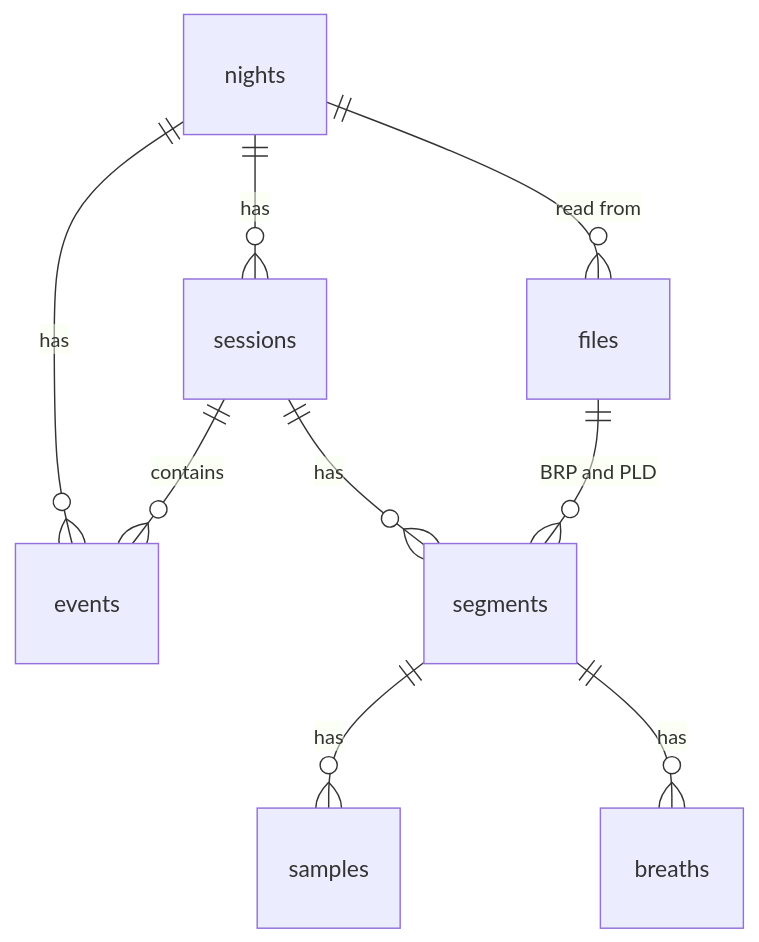
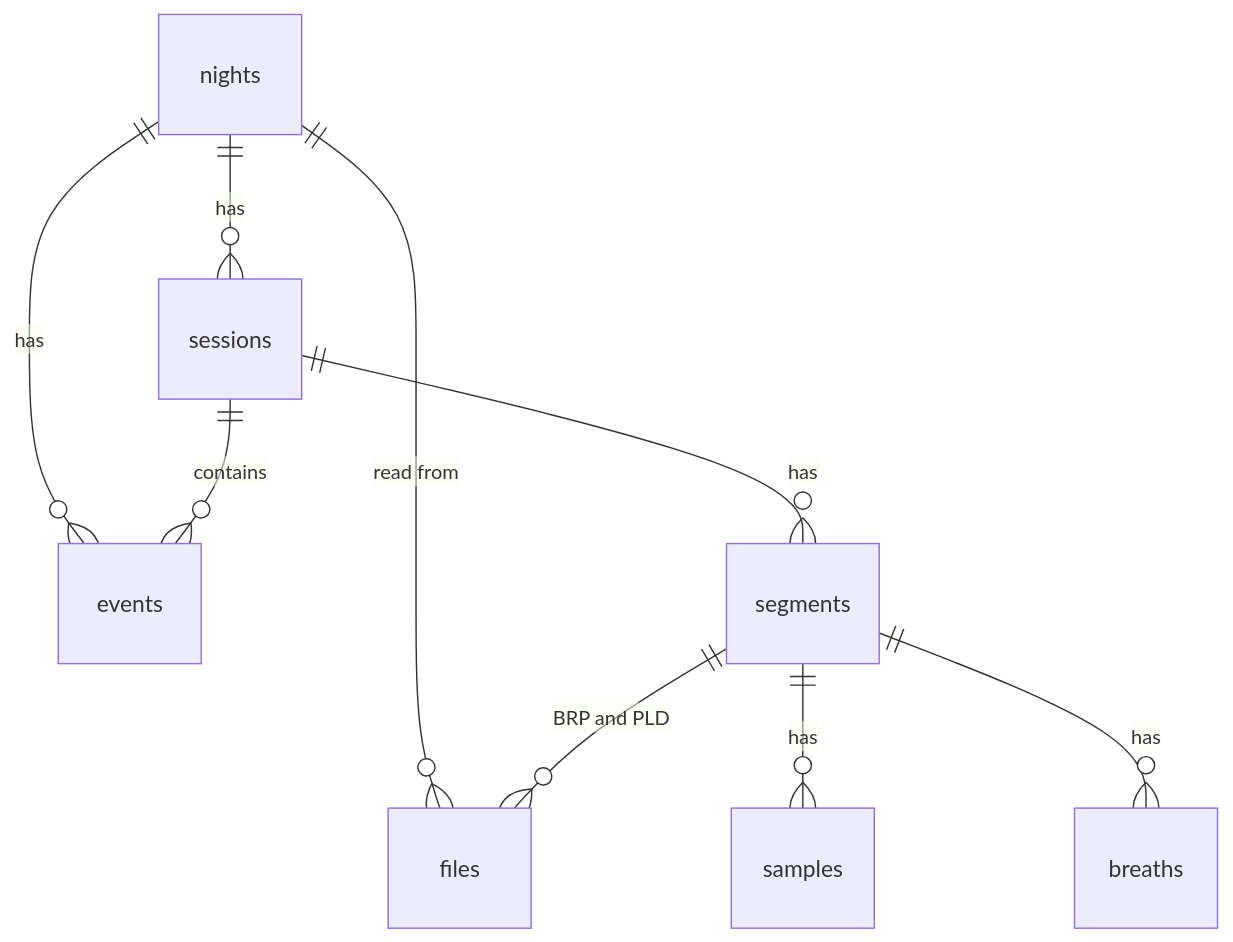
Before and after one commit to bojanrajkovic/airway: the diagram in docs/data-model.md, drawn with Mermaid. The commit also changed other lines of this file and 9 other files, not shown here.

First line of the commit message:
feat(contract)!: link BRP and PLD files to their segment from files (#161)

````diff
--- a/docs/data-model.md
+++ b/docs/data-model.md
@@ -87,11 +87,11 @@
 ```mermaid
 erDiagram
   nights ||--o{ sessions : has
   nights ||--o{ files : "read from"
   nights ||--o{ events : has
   sessions ||--o{ segments : has
   sessions ||--o{ events : contains
-  files ||--o{ segments : "BRP and PLD"
+  segments ||--o{ files : "BRP and PLD"
   segments ||--o{ samples : has
   segments ||--o{ breaths : has
 ```
````
